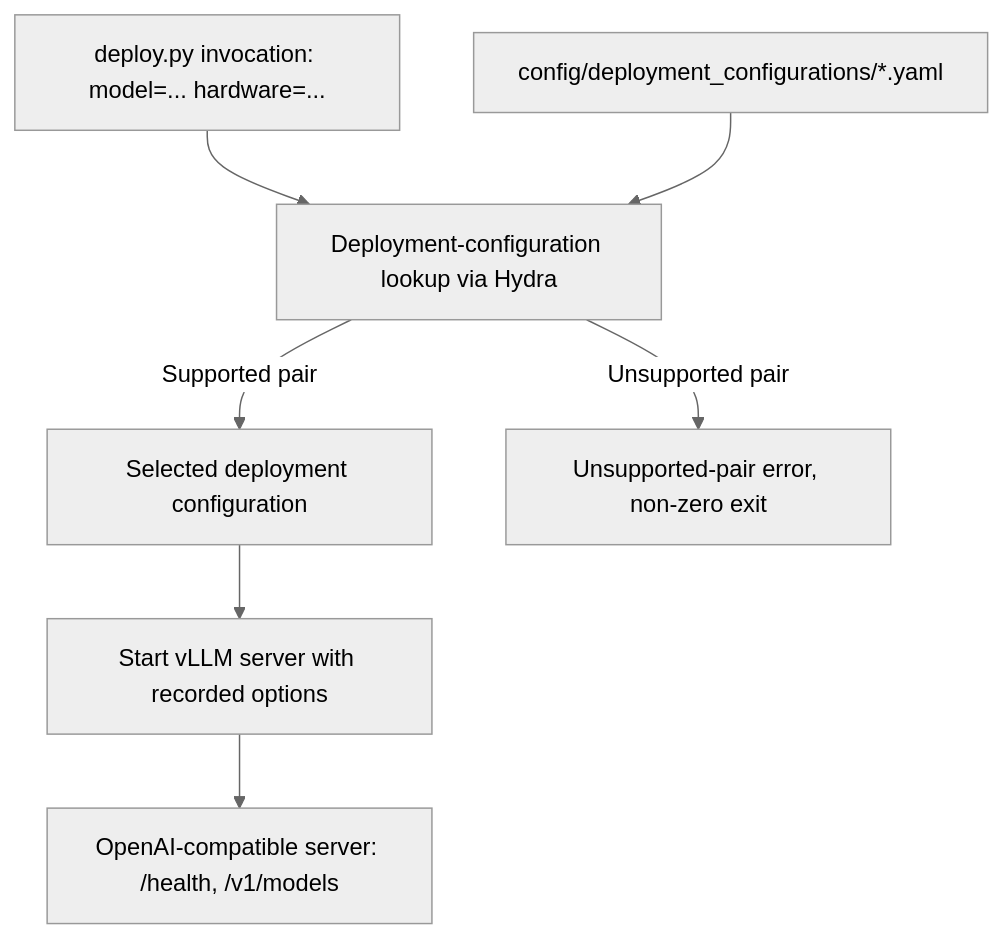
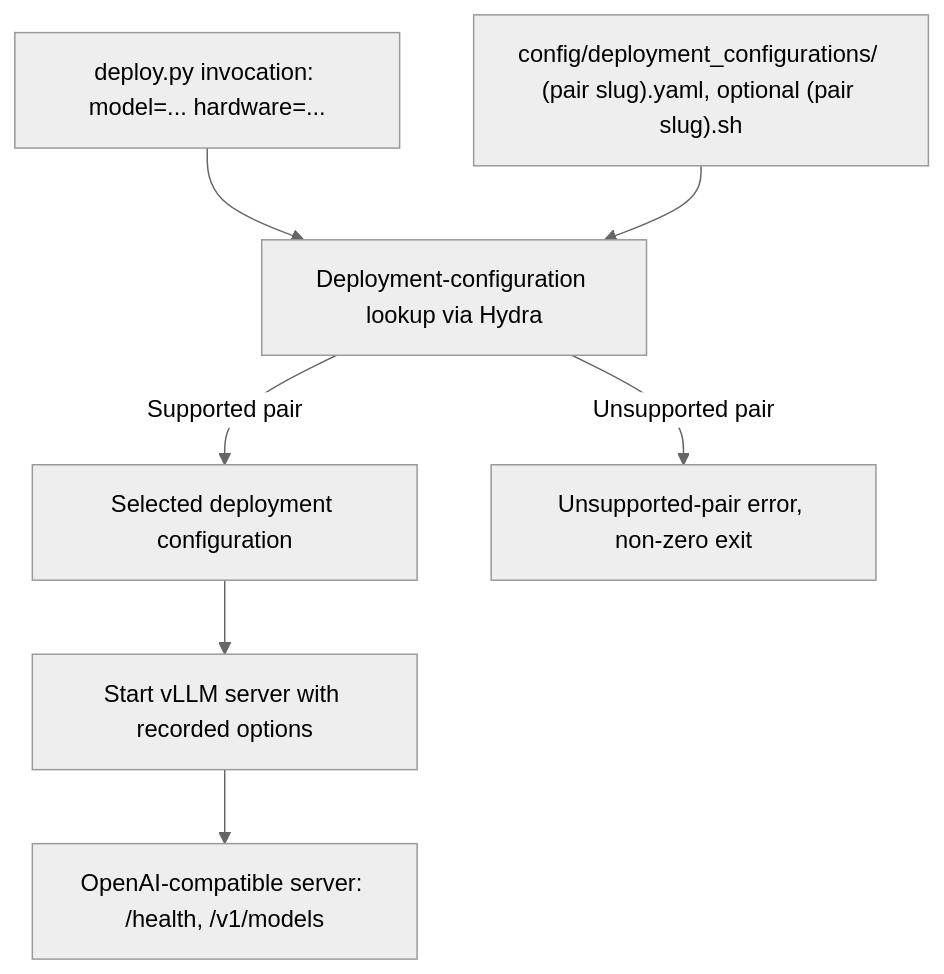
One commit to anton-pershin/llm-deployment changed the diagram in .internal/constitution-spec.md. Above: the diagram before and after it, drawn with Mermaid (neutral theme). The commit also changed other lines of this file, not shown here.

Commit message:
Constitution spec: move pair-slug/setup-script description into 4.3 and 3.2, remove 4.4, complete 5.1 library node

````diff
--- a/.internal/constitution-spec.md
+++ b/.internal/constitution-spec.md
@@ -293,9 +286,9 @@
 ```mermaid
 flowchart TD
     CLI["deploy.py invocation: model=... hardware=..."] --> LOOKUP["Deployment-configuration lookup via Hydra"]
-    LIB["config/deployment_configurations/*.yaml"] --> LOOKUP
+    LIB["config/deployment_configurations/ (pair slug).yaml, optional (pair slug).sh"] --> LOOKUP
     LOOKUP -->|Supported pair| CONFIG["Selected deployment configuration"]
     LOOKUP -->|Unsupported pair| ERROR["Unsupported-pair error, non-zero exit"]
     CONFIG --> START["Start vLLM server with recorded options"]
     START --> SERVE["OpenAI-compatible server: /health, /v1/models"]
 ```
````
